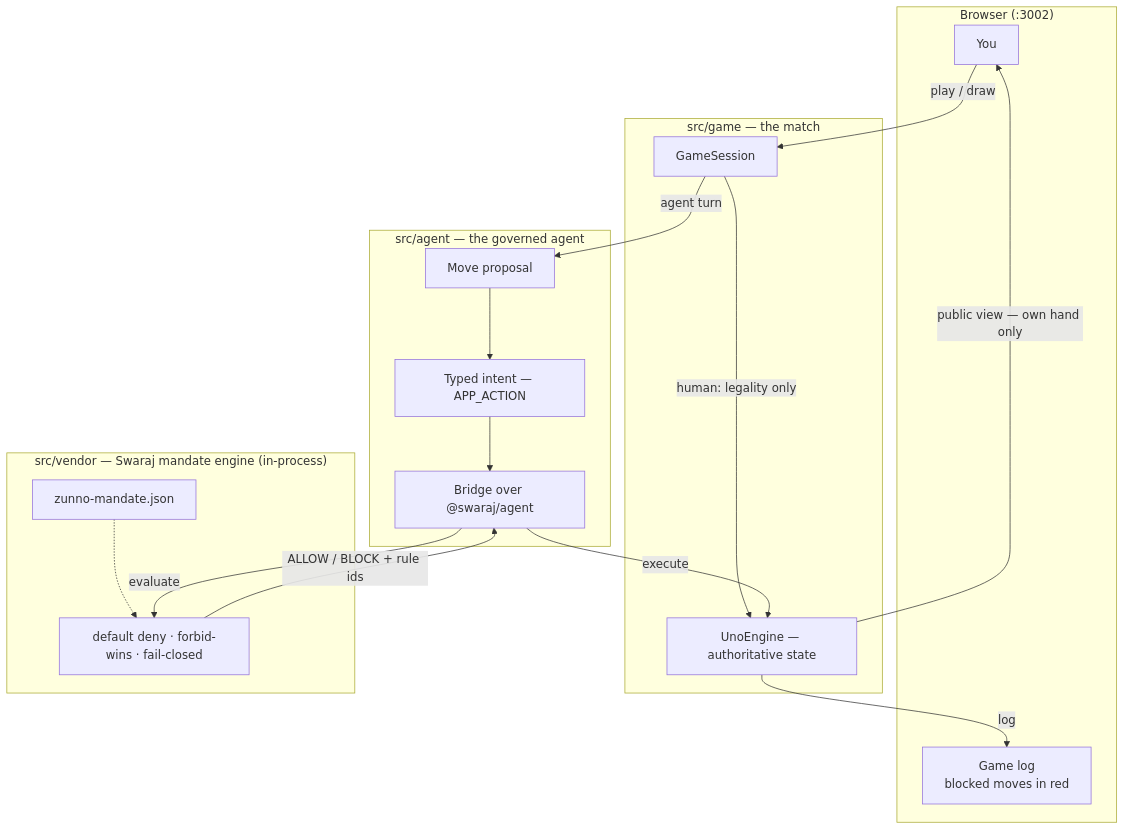
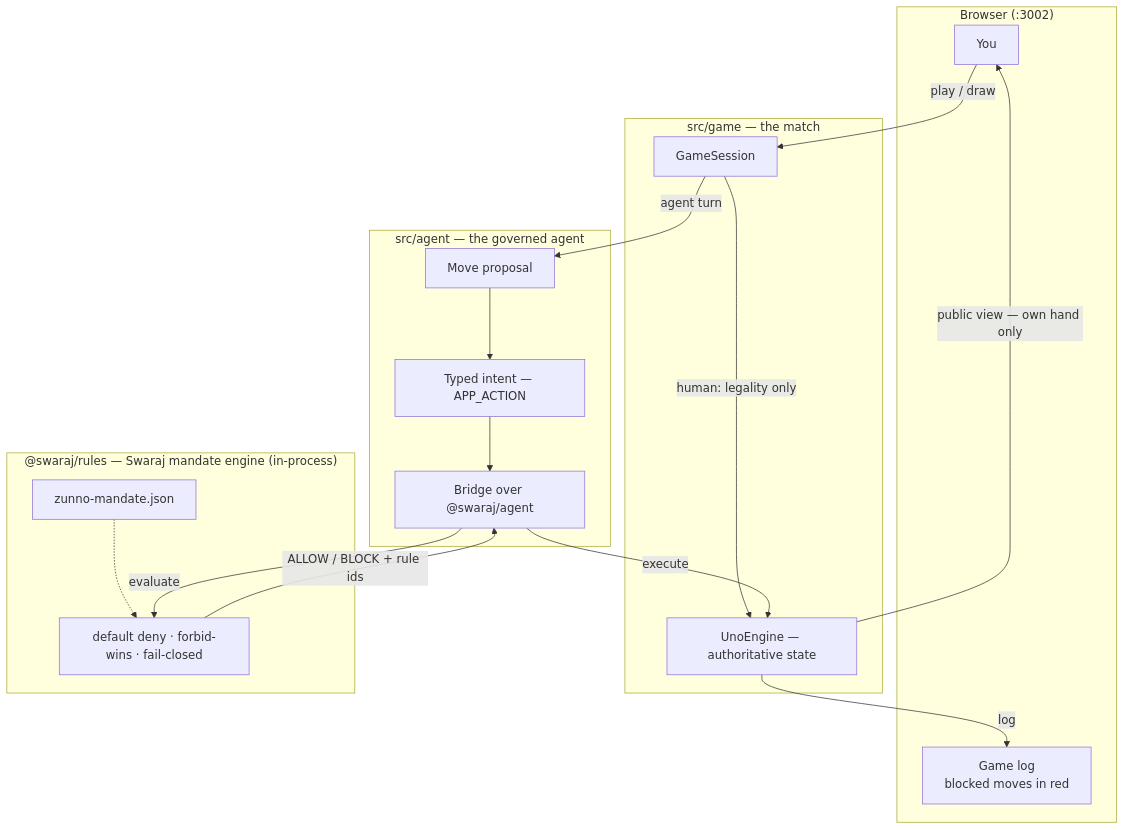
One commit to Drongo-Labs/Swaraj changed the diagram in examples/zunno/README.md. Above: the diagram before and after it, drawn with Mermaid. The commit also changed other lines of this file and 14 other files, not shown here.

````diff
--- a/examples/zunno/README.md
+++ b/examples/zunno/README.md
@@ -34,29 +34,29 @@
 ```mermaid
 flowchart TD
   subgraph UI["Browser (:3002)"]
     H["You"]
     L["Game log<br/>blocked moves in red"]
   end
   subgraph GAME["src/game — the match"]
     S["GameSession"]
     E["UnoEngine — authoritative state"]
   end
   subgraph AGENT["src/agent — the governed agent"]
     P["Move proposal"]
     I["Typed intent — APP_ACTION"]
     B["Bridge over @swaraj/agent"]
   end
-  subgraph SW["src/vendor — Swaraj mandate engine (in-process)"]
+  subgraph SW["@swaraj/rules — Swaraj mandate engine (in-process)"]
     M["zunno-mandate.json"]
     G["default deny · forbid-wins · fail-closed"]
   end
   H -->|play / draw| S
   S -->|"human: legality only"| E
   S -->|agent turn| P --> I --> B
   M -.-> G
   B -->|evaluate| G
   G -->|ALLOW / BLOCK + rule ids| B
   B -->|execute| E
   E -->|public view — own hand only| H
   E -->|log| L
 ```
````
